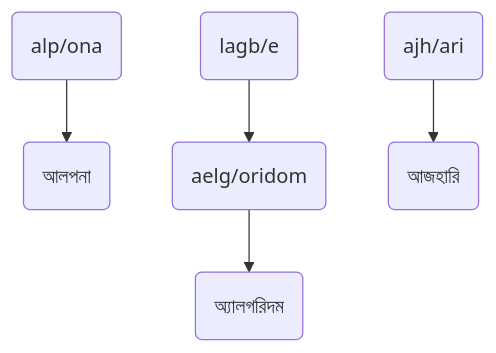
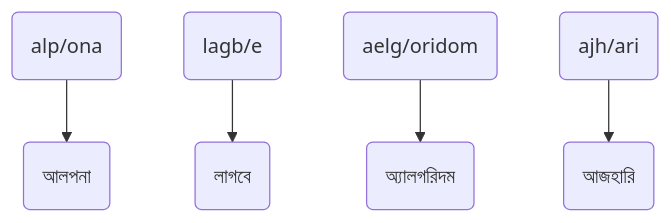
Before and after one commit to KhiproTeam/khipro-quickstart: diagram 17 of 17 in README.md, drawn with Mermaid.

Commit message:
স্ল্যাশের উদাহরণ: ফ্লোচার্ট ফিক্স

````diff
--- a/README.md
+++ b/README.md
@@ -234,7 +234,7 @@
 ```mermaid
 flowchart TD
 a(alp/ona) --> b(আলপনা)
 e(lagb/e) --> f(লাগবে)
-f(aelg/oridom) --> g(অ্যালগরিদম)
+z(aelg/oridom) --> g(অ্যালগরিদম)
 h(ajh/ari) --> i(আজহারি)
 ```
````
